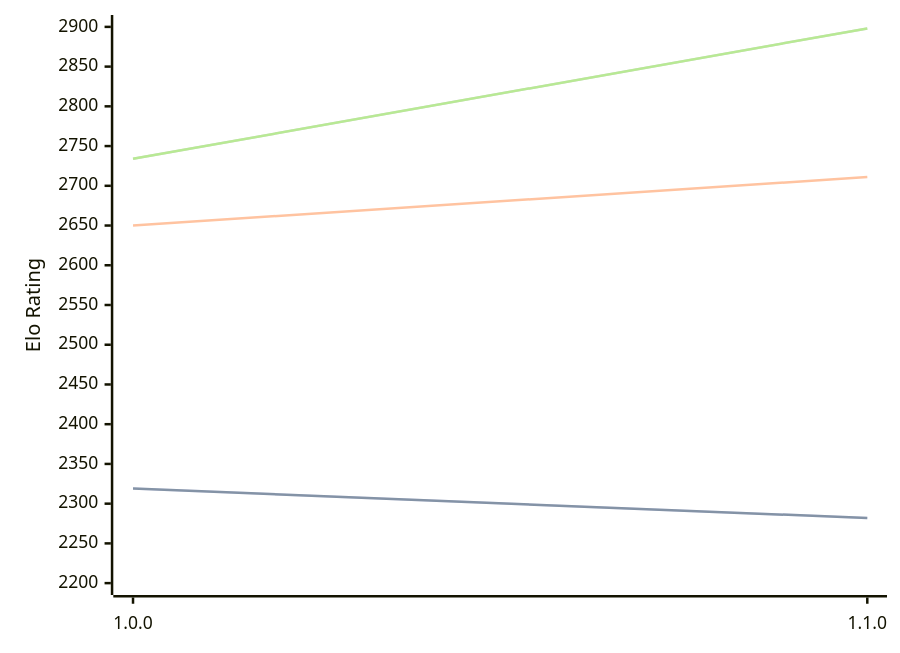
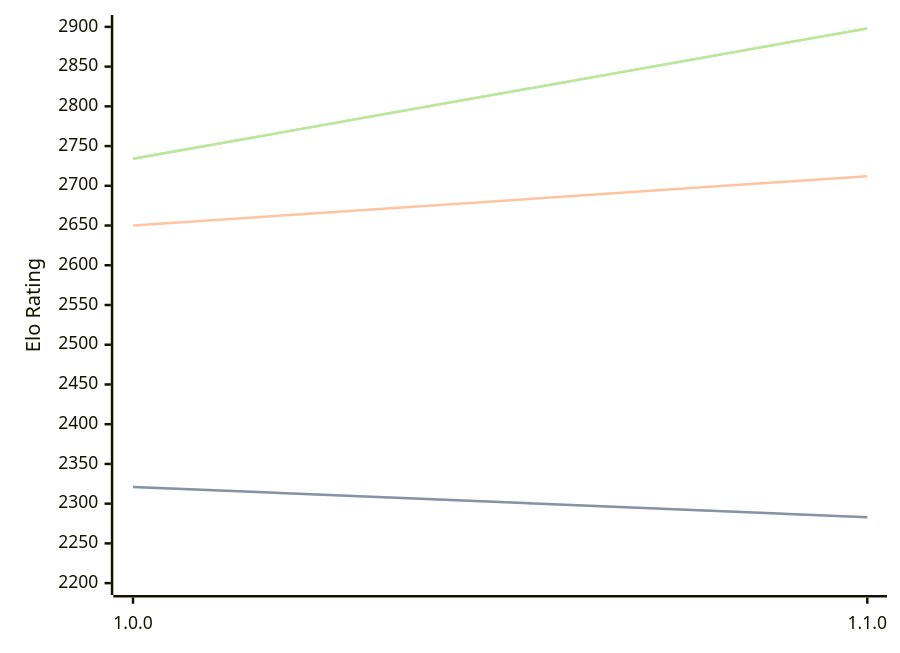
Before and after one commit to computer-chess-index/cci: the first of 3 diagrams in engines/ShallowGuess.md, drawn with Mermaid. The commit also changed other lines of this file, not shown here.

````diff
--- a/engines/ShallowGuess.md
+++ b/engines/ShallowGuess.md
@@ -36,11 +36,11 @@
 ```mermaid
 %%{init: {"theme":"base","themeVariables":{"seriesColors:['#a3a3a3','#222221','#faa371']}}}%%
 xychart-beta
   x-axis ["1.0.0", "1.1.0"]
   y-axis "Elo Rating" 2200 --> 2900
-  line "STC (8.0+0.08s)" [2319, 2282]
-  line "STC (8.0+0.08s)" [2319, 2282]
-  line "LTC (60.0+0.60s)" [2650, 2711]
+  line "STC (8.0+0.08s)" [2321, 2283]
+  line "STC (8.0+0.08s)" [2321, 2283]
+  line "LTC (60.0+0.60s)" [2650, 2712]
   line "VLTC (2m24s+1.12s)" [2734, 2898]
   line "VLTC (2m24s+1.12s)" [2734, 2898]
 ```
````
